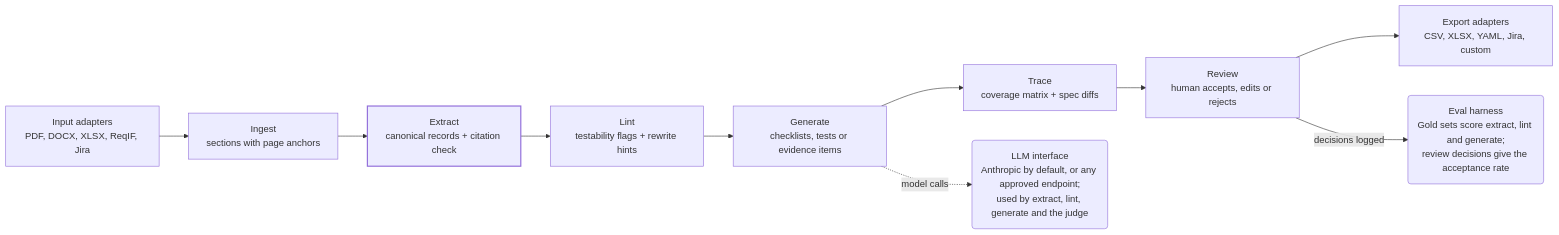
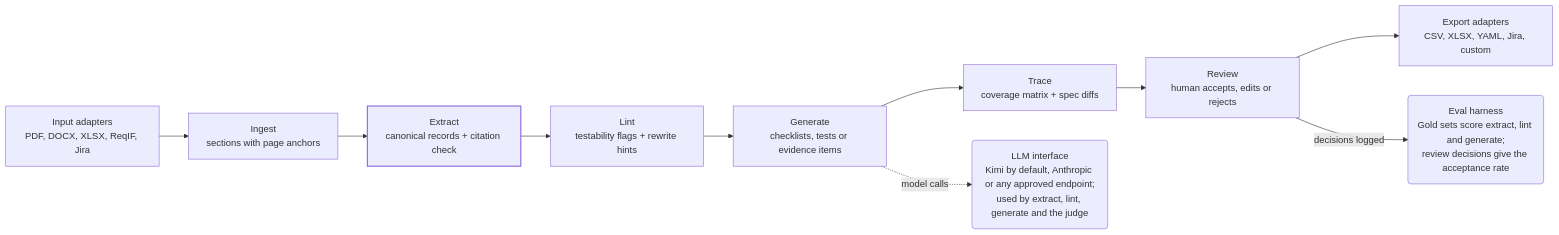
Before and after one commit to kruslim/Spec2Test: the diagram in docs/PLAN.md, drawn with Mermaid. The commit also changed other lines of this file and 17 other files, not shown here.

````diff
--- a/docs/PLAN.md
+++ b/docs/PLAN.md
@@ -32,16 +32,16 @@
 ```mermaid
 flowchart LR
     input["Input adapters<br/>PDF, DOCX, XLSX, ReqIF, Jira"] --> ingest["Ingest<br/>sections with page anchors"]
     ingest --> extract["Extract<br/>canonical records + citation check"]
     extract --> lint["Lint<br/>testability flags + rewrite hints"]
     lint --> generate["Generate<br/>checklists, tests or evidence items"]
     generate --> trace["Trace<br/>coverage matrix + spec diffs"]
     trace --> review["Review<br/>human accepts, edits or rejects"]
     review --> export["Export adapters<br/>CSV, XLSX, YAML, Jira, custom"]
 
     review -- decisions logged --> evals("Eval harness<br/>Gold sets score extract, lint and generate;<br/>review decisions give the acceptance rate")
-    generate -. model calls .-> llm("LLM interface<br/>Anthropic by default, or any approved endpoint;<br/>used by extract, lint, generate and the judge")
+    generate -. model calls .-> llm("LLM interface<br/>Kimi by default, Anthropic or any approved endpoint;<br/>used by extract, lint, generate and the judge")
 
     classDef core stroke-width:2px
     class extract core
 ```
````
